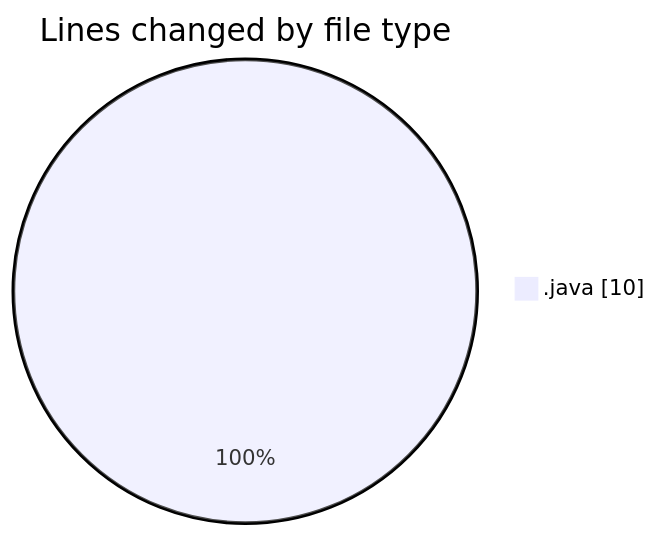
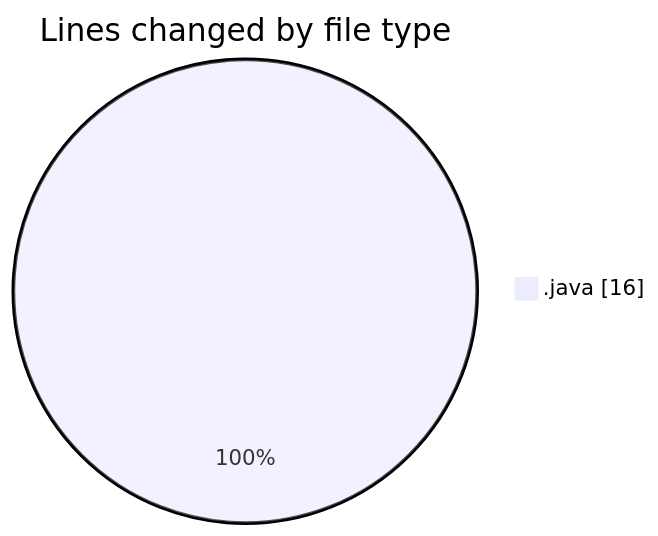
The first of 2 diagrams in 2026-04-06/cilapp/README.md (ricardozamudiocil/code-tracking), drawn with Mermaid before and after one commit. The commit also changed other lines of this file and 1 other file, not shown here.

````diff
--- a/2026-04-06/cilapp/README.md
+++ b/2026-04-06/cilapp/README.md
@@ -20,5 +20,5 @@
 ```mermaid
 pie showData
 title Lines changed by file type
-".java" : 10
+".java" : 16
 ```
````
